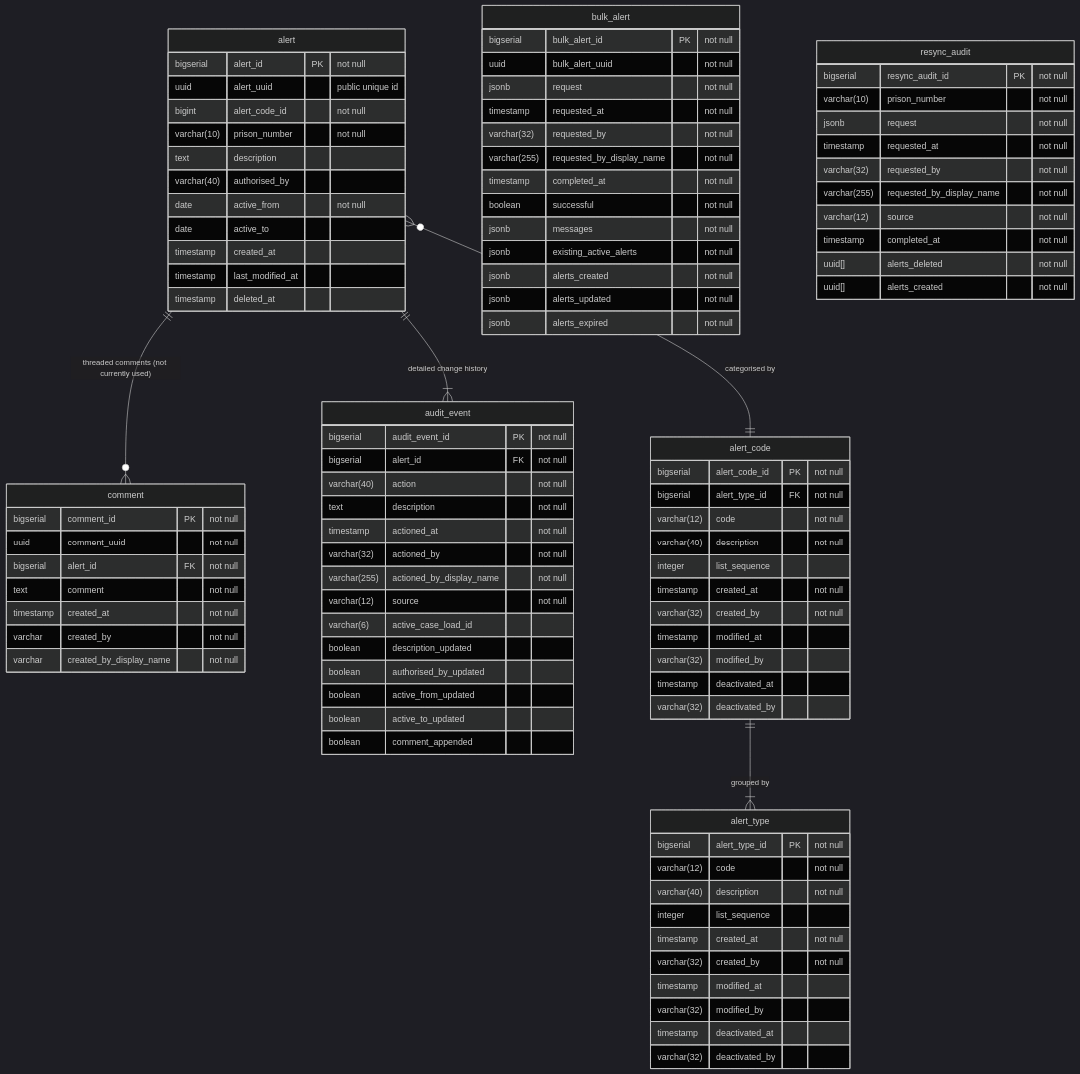
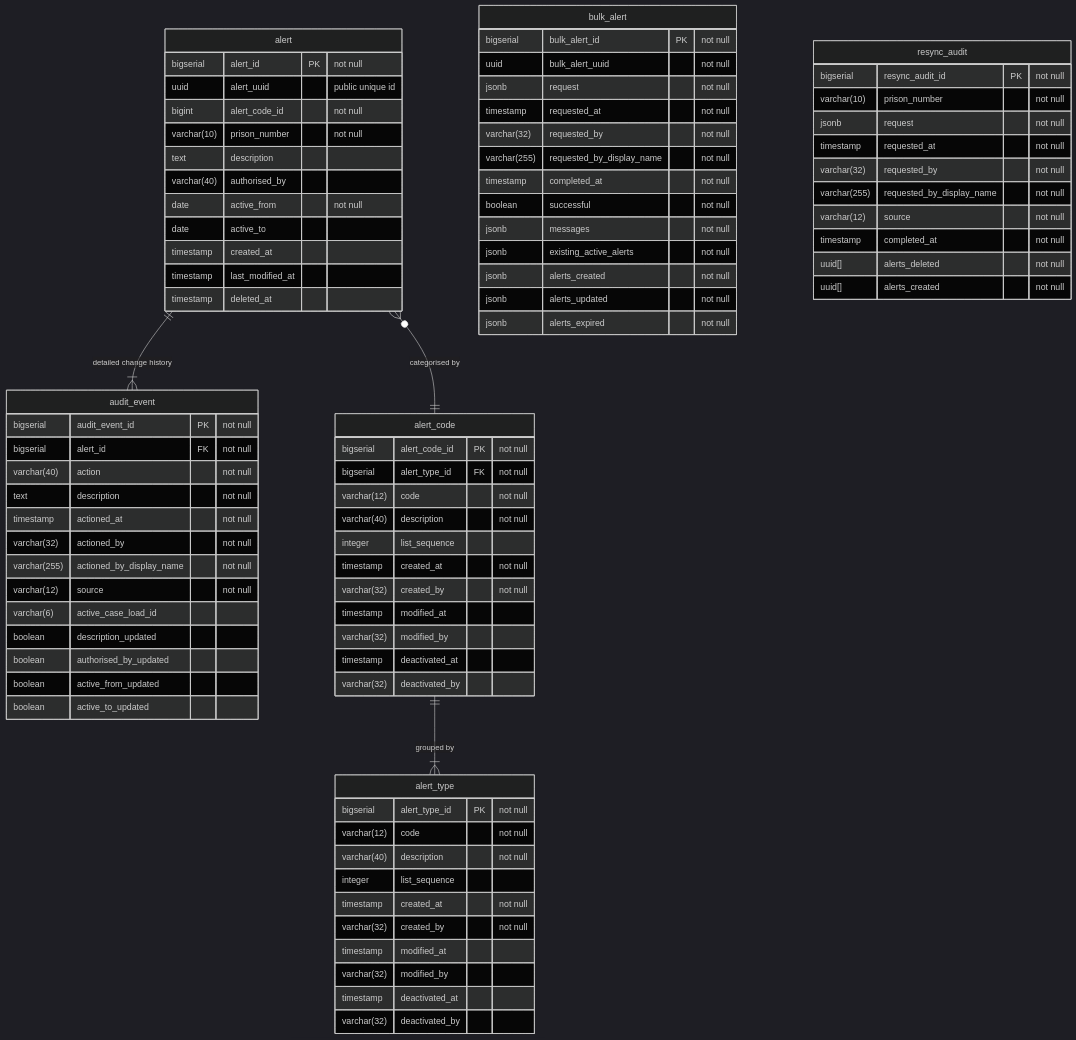
One commit to ministryofjustice/hmpps-alerts-api changed the diagram in datamodel.mermaid. Above: the diagram before and after it, drawn with Mermaid (dark theme). The commit also changed 39 other files, not shown here.

```diff
--- a/datamodel.mermaid
+++ b/datamodel.mermaid
@@ -1,102 +1,90 @@
 erDiagram
-    alert one to zero or more comment : "threaded comments (not currently used)"
     alert one to one or more audit_event : "detailed change history"
     alert many to one alert_code : "categorised by"
     alert_code one to one or more alert_type : "grouped by"
 
     alert {
         bigserial alert_id PK "not null"
         uuid alert_uuid "public unique id"
         bigint alert_code_id "not null"
         varchar(10) prison_number "not null"
         text description
         varchar(40) authorised_by
         date active_from "not null"
         date active_to
         timestamp created_at
         timestamp last_modified_at
         timestamp deleted_at
     }
 
-    comment {
-        bigserial comment_id PK "not null"
-        uuid comment_uuid "not null"
-        bigserial alert_id FK "not null"
-        text comment "not null"
-        timestamp created_at "not null"
-        varchar created_by "not null"
-        varchar created_by_display_name "not null"
-    }
-
     audit_event {
         bigserial audit_event_id PK "not null"
         bigserial alert_id FK "not null"
         varchar(40) action "not null"
         text description "not null"
         timestamp actioned_at "not null"
         varchar(32) actioned_by "not null"
         varchar(255) actioned_by_display_name "not null"
         varchar(12) source "not null"
         varchar(6) active_case_load_id
         boolean description_updated
         boolean authorised_by_updated
         boolean active_from_updated
         boolean active_to_updated
-        boolean comment_appended
     }
 
     alert_code {
         bigserial alert_code_id PK "not null"
         bigserial alert_type_id FK "not null"
         varchar(12) code "not null"
         varchar(40) description "not null"
         integer list_sequence
         timestamp created_at "not null"
         varchar(32) created_by "not null"
         timestamp modified_at
         varchar(32) modified_by
         timestamp deactivated_at
         varchar(32) deactivated_by
     }
 
     alert_type {
         bigserial alert_type_id PK "not null"
         varchar(12) code "not null"
         varchar(40) description "not null"
         integer list_sequence
         timestamp created_at "not null"
         varchar(32) created_by "not null"
         timestamp modified_at
         varchar(32) modified_by
         timestamp deactivated_at
         varchar(32) deactivated_by
     }
 
     bulk_alert {
         bigserial bulk_alert_id PK "not null"
         uuid bulk_alert_uuid "not null"
         jsonb request "not null"
         timestamp requested_at "not null"
         varchar(32) requested_by "not null"
         varchar(255) requested_by_display_name "not null"
         timestamp completed_at "not null"
         boolean successful "not null"
         jsonb messages "not null"
         jsonb existing_active_alerts "not null"
         jsonb alerts_created "not null"
         jsonb alerts_updated "not null"
         jsonb alerts_expired "not null"
     }
 
     resync_audit {
         bigserial resync_audit_id PK "not null"
         varchar(10) prison_number "not null"
         jsonb request "not null"
         timestamp requested_at "not null"
         varchar(32) requested_by "not null"
         varchar(255) requested_by_display_name "not null"
         varchar(12) source "not null"
         timestamp completed_at "not null"
         uuid[] alerts_deleted "not null"
         uuid[] alerts_created "not null"
     }
```
